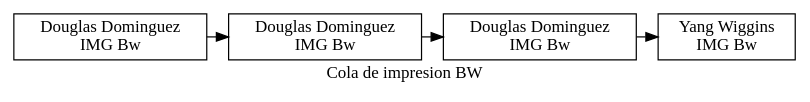
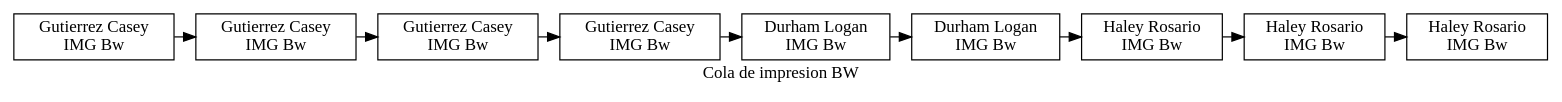
The diagram in [EDD]PROYECTO_FASE1_201900716/Proyecto1_Edd/impresoraBw.dot (Kelly901/EDD_PROYECTO_FASE1_201900716), drawn with Graphviz before and after one commit. The commit also changed 23 other files, not shown here.

```diff
--- a/[EDD]PROYECTO_FASE1_201900716/Proyecto1_Edd/impresoraBw.dot
+++ b/[EDD]PROYECTO_FASE1_201900716/Proyecto1_Edd/impresoraBw.dot
@@ -1,19 +1,34 @@
 digraph G{
 label="Cola de impresion BW";
 node[shape=box];
-n603742814[label="Yang Wiggins
+n142257191[label="Haley Rosario
 IMG Bw "];
-n1067040082[label="Douglas Dominguez
+n1044036744[label="Haley Rosario
 IMG Bw "];
-n1325547227[label="Douglas Dominguez
+n1826771953[label="Haley Rosario
 IMG Bw "];
-n980546781[label="Douglas Dominguez
+n1406718218[label="Durham Logan
+IMG Bw "];
+n245257410[label="Durham Logan
+IMG Bw "];
+n1705736037[label="Gutierrez Casey
+IMG Bw "];
+n455659002[label="Gutierrez Casey
+IMG Bw "];
+n250421012[label="Gutierrez Casey
+IMG Bw "];
+n1915318863[label="Gutierrez Casey
 IMG Bw "];
 
 {rank=same;
-n1067040082->n603742814;
-n1325547227->n1067040082;
-n980546781->n1325547227;
+n1044036744->n142257191;
+n1826771953->n1044036744;
+n1406718218->n1826771953;
+n245257410->n1406718218;
+n1705736037->n245257410;
+n455659002->n1705736037;
+n250421012->n455659002;
+n1915318863->n250421012;
 
 }
 }
```
